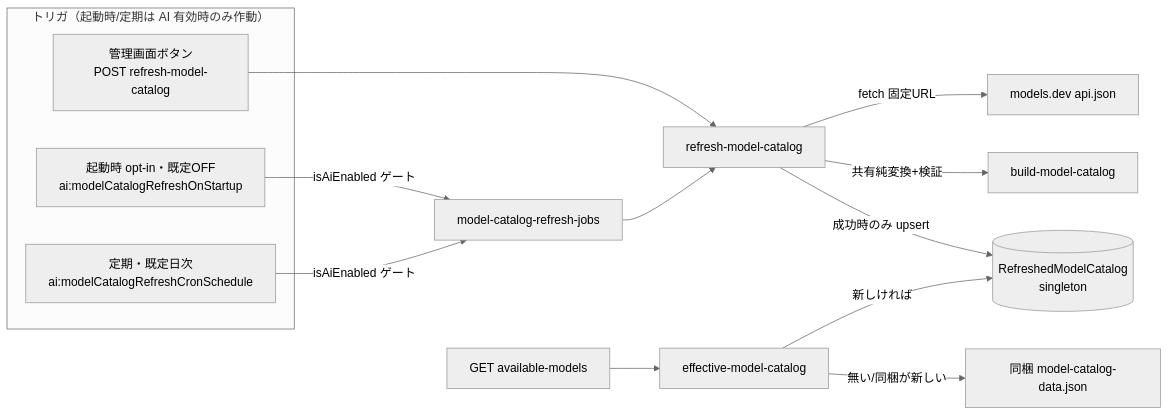
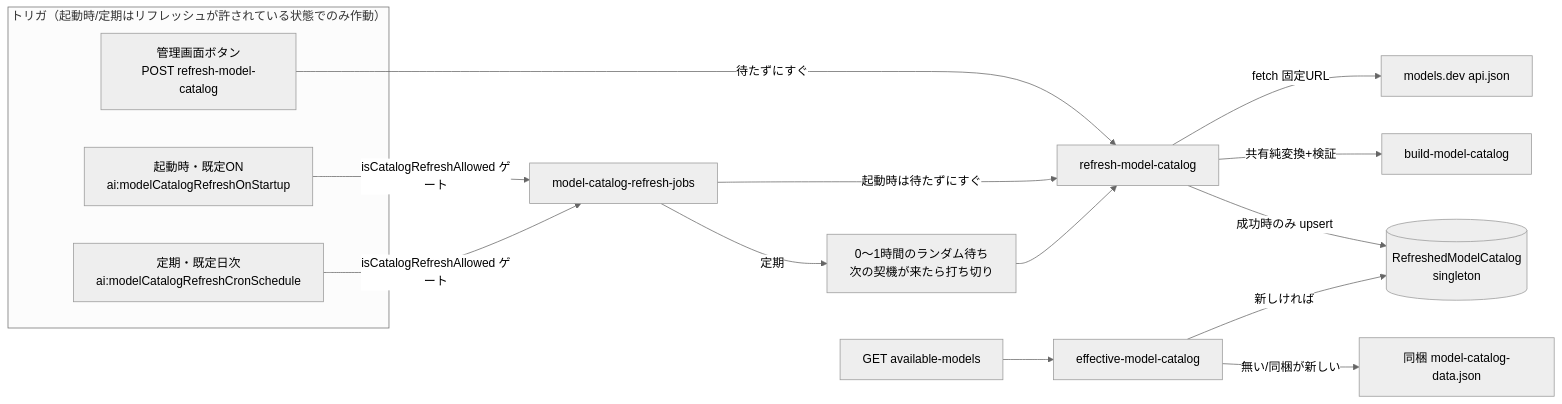
One commit to weseek/growi changed the third of 3 diagrams in .kiro/specs/ai-provider-model-picker/design.md. Above: the diagram before and after it, drawn with Mermaid (neutral theme). The commit also changed other lines of this file and 13 other files, not shown here.

First line of the commit message:
docs(spec): port the refresh trigger, catalog price and env-fixed group changes back into the picker and multi-vendor specs

````diff
--- a/.kiro/specs/ai-provider-model-picker/design.md
+++ b/.kiro/specs/ai-provider-model-picker/design.md
@@ -248,17 +255,20 @@
 ```mermaid
 graph LR
-    subgraph Triggers[トリガ（起動時/定期は AI 有効時のみ作動）]
+    subgraph Triggers[トリガ（起動時/定期はリフレッシュが許されている状態でのみ作動）]
         Btn[管理画面ボタン<br/>POST refresh-model-catalog]
-        Boot[起動時 opt-in・既定OFF<br/>ai:modelCatalogRefreshOnStartup]
+        Boot[起動時・既定ON<br/>ai:modelCatalogRefreshOnStartup]
         Cron[定期・既定日次<br/>ai:modelCatalogRefreshCronSchedule]
     end
-    Btn --> Svc[refresh-model-catalog]
-    Boot -->|isAiEnabled ゲート| Jobs[model-catalog-refresh-jobs] --> Svc
-    Cron -->|isAiEnabled ゲート| Jobs
+    Btn -->|待たずにすぐ| Svc[refresh-model-catalog]
+    Boot -->|isCatalogRefreshAllowed ゲート| Jobs[model-catalog-refresh-jobs]
+    Cron -->|isCatalogRefreshAllowed ゲート| Jobs
+    Jobs -->|起動時は待たずにすぐ| Svc
+    Jobs -->|定期| Wait[0〜1時間のランダム待ち<br/>次の契機が来たら打ち切り]
+    Wait --> Svc
     Svc -->|fetch 固定URL| MD[models.dev api.json]
     Svc -->|共有純変換+検証| BMC[build-model-catalog]
     Svc -->|成功時のみ upsert| DB[(RefreshedModelCatalog<br/>singleton)]
     Route[GET available-models] --> Eff[effective-model-catalog]
     Eff -->|新しければ| DB
     Eff -->|無い/同梱が新しい| Bundled[同梱 model-catalog-data.json]
 ```
````
